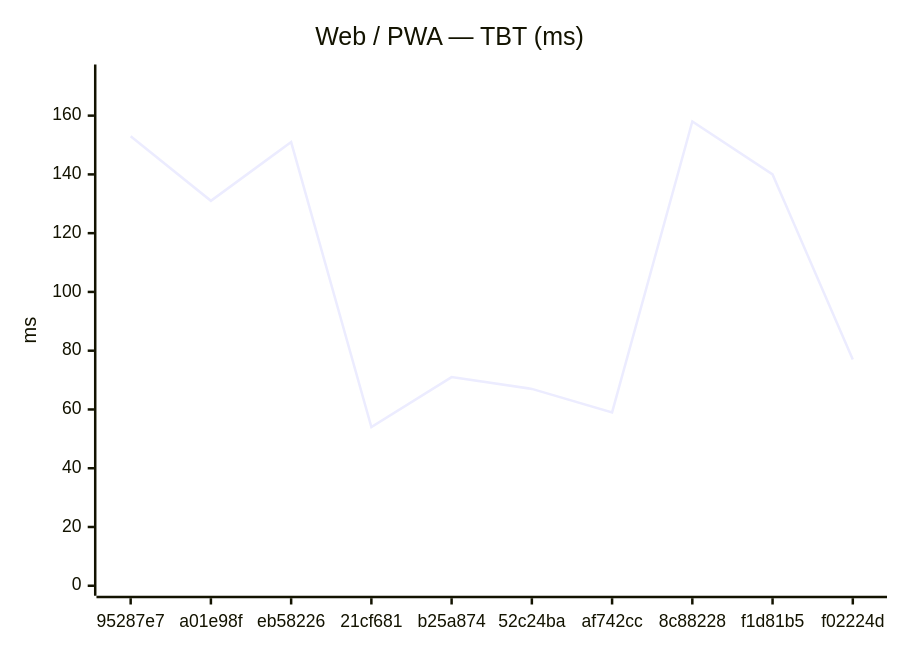
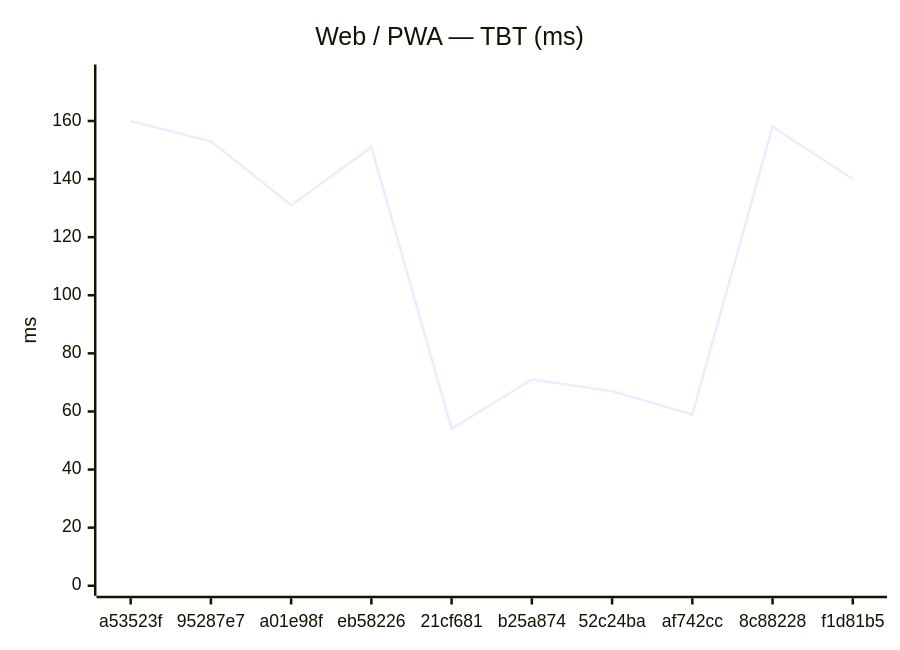
Before and after one commit to Metaheurist/Rianell: the second of 18 diagrams in benchmarks/compare.md, drawn with Mermaid. The commit also changed other lines of this file and 11 other files, not shown here.

````diff
--- a/benchmarks/compare.md
+++ b/benchmarks/compare.md
@@ -31,7 +31,7 @@
 ```mermaid
 xychart-beta
     title "Web / PWA — TBT (ms)"
-    x-axis ["95287e7", "a01e98f", "eb58226", "21cf681", "b25a874", "52c24ba", "af742cc", "8c88228", "f1d81b5", "f02224d"]
-    y-axis "ms" 0 --> 174
-    line [153, 131, 151, 54, 71, 67, 59, 158, 140, 77]
+    x-axis ["a53523f", "95287e7", "a01e98f", "eb58226", "21cf681", "b25a874", "52c24ba", "af742cc", "8c88228", "f1d81b5"]
+    y-axis "ms" 0 --> 176
+    line [160, 153, 131, 151, 54, 71, 67, 59, 158, 140]
 ```
````
